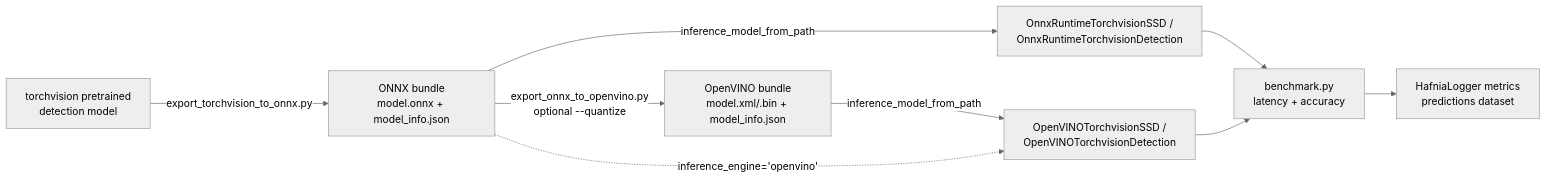
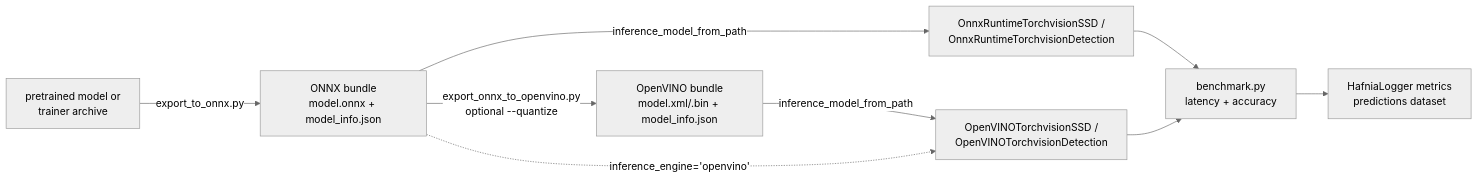
The diagram in docs/design.md (milestone-hafnia/hafnia-inference-model), drawn with Mermaid (neutral theme) before and after one commit. The commit also changed other lines of this file and 26 other files, not shown here.

````diff
--- a/docs/design.md
+++ b/docs/design.md
@@ -534,11 +538,11 @@
 ```mermaid
 flowchart LR
-    A[torchvision pretrained<br/>detection model] -->|export_torchvision_to_onnx.py| B[ONNX bundle<br/>model.onnx + model_info.json]
+    A[pretrained model or<br/>trainer archive] -->|export_to_onnx.py| B[ONNX bundle<br/>model.onnx + model_info.json]
     B -->|inference_model_from_path| C[OnnxRuntimeTorchvisionSSD /<br/>OnnxRuntimeTorchvisionDetection]
     B -->|export_onnx_to_openvino.py<br/>optional --quantize| D[OpenVINO bundle<br/>model.xml/.bin + model_info.json]
     D -->|inference_model_from_path| E[OpenVINOTorchvisionSSD /<br/>OpenVINOTorchvisionDetection]
     B -.->|inference_engine='openvino'| E
     C --> F[benchmark.py<br/>latency + accuracy]
     E --> F
     F --> G[HafniaLogger metrics<br/>predictions dataset]
 ```
````
